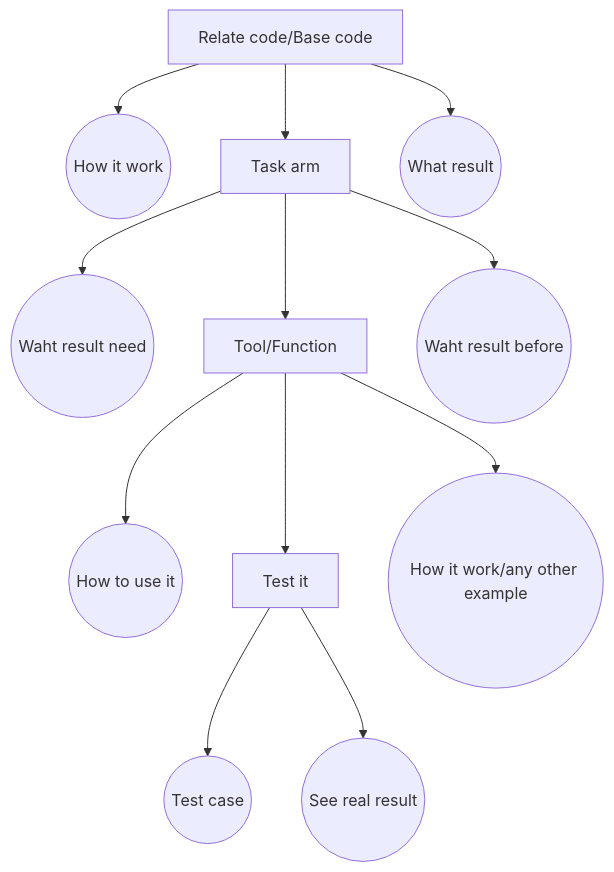
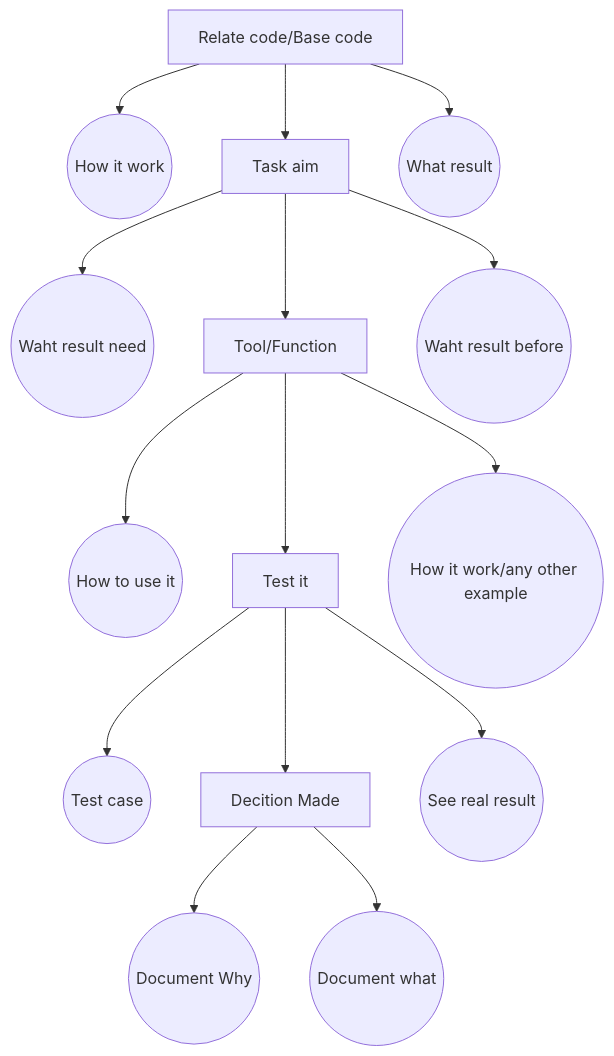
Before and after one commit to duan-li/worklog: the diagram in _posts/2018-03-28-task-flow-chat.md, drawn with Mermaid.

Commit message:
update post

````diff
--- a/_posts/2018-03-28-task-flow-chat.md
+++ b/_posts/2018-03-28-task-flow-chat.md
@@ -7,15 +7,18 @@
 ```mermaid
 graph TB
 
 A[Relate code/Base code] --> B((How it work))
-A[Relate code/Base code] --> D[Task arm]
+A[Relate code/Base code] --> D[Task aim]
 A[Relate code/Base code] --> C((What result))
-D[Task arm] --> E((Waht result need))
-D[Task arm] --> F[Tool/Function]
-D[Task arm] --> L((Waht result before))
+D[Task aim] --> E((Waht result need))
+D[Task aim] --> F[Tool/Function]
+D[Task aim] --> L((Waht result before))
 F[Tool/Function] --> G((How to use it))
 F[Tool/Function] --> J[Test it]
 F[Tool/Function] --> H((How it work/any other example))
 J[Test it] --> K((Test case))
+J[Test it] --> N[Decition Made]
 J[Test it] --> M((See real result))
+N[Decition Made] --> O((Document Why))
+N[Decition Made] --> P((Document what))
 ```
````
